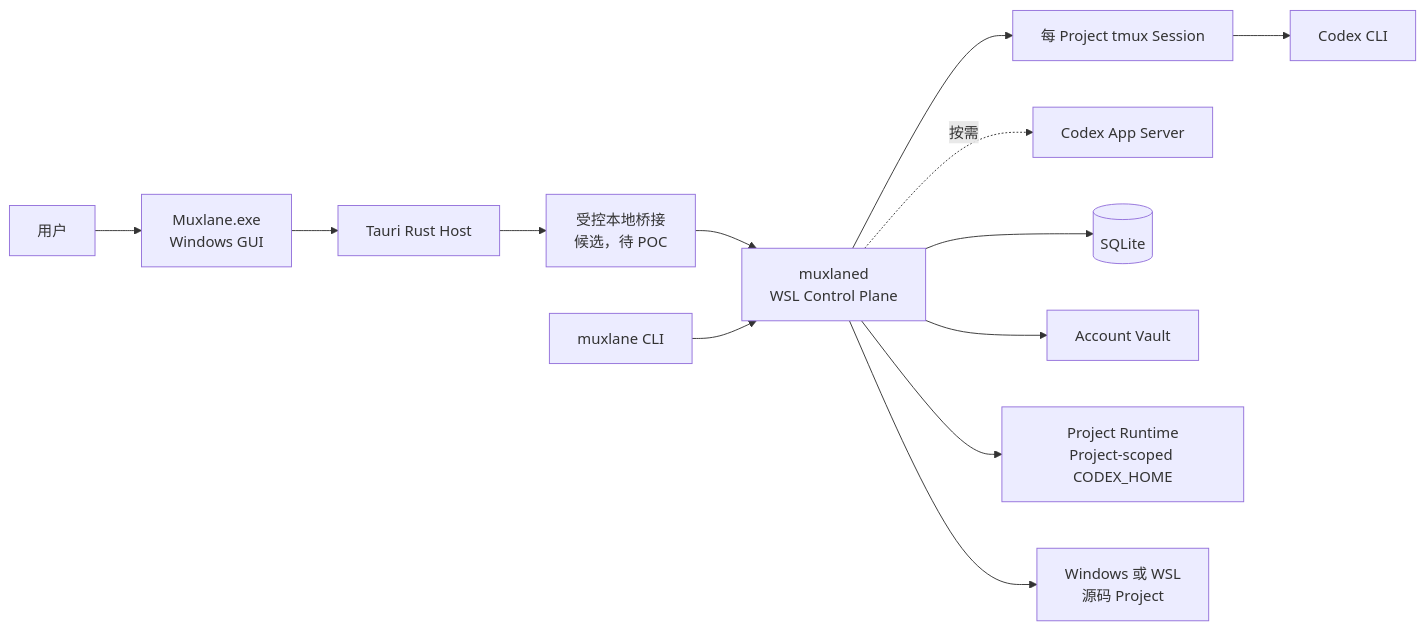
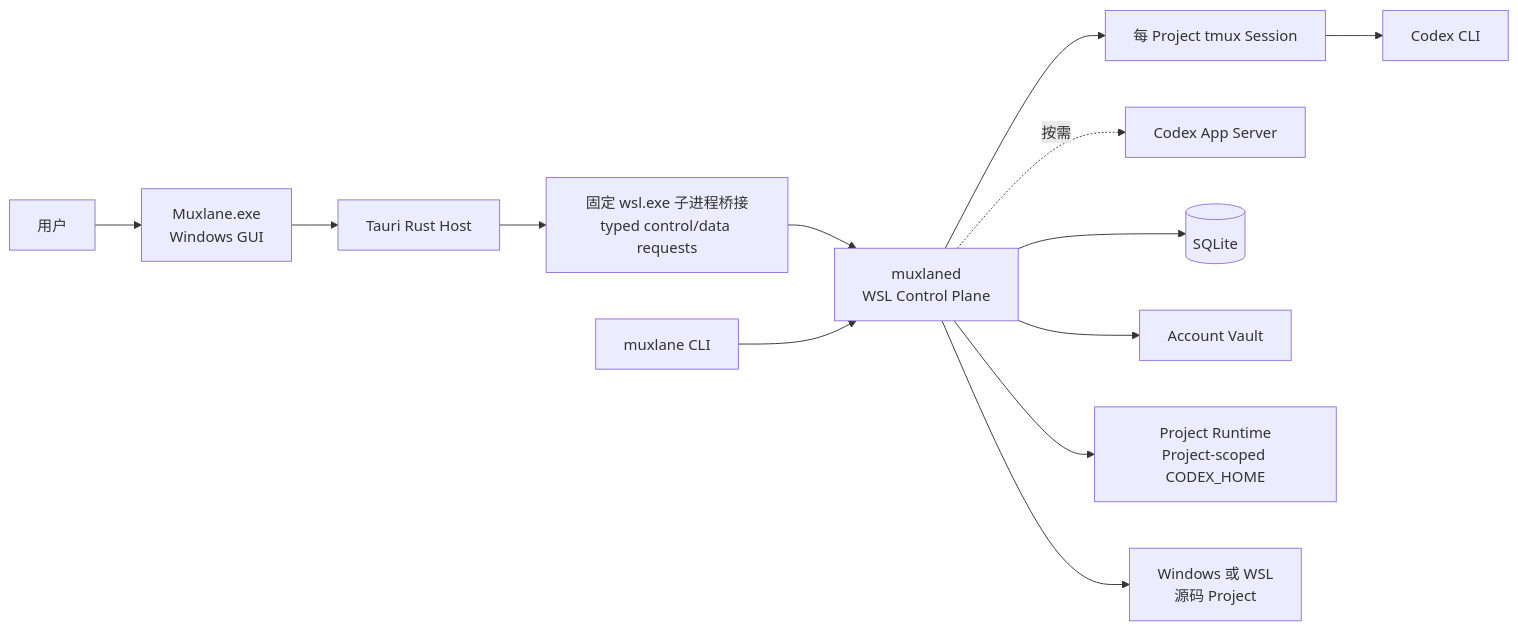
Before and after one commit to Mingll22/muxlane: the first of 2 diagrams in docs/ARCHITECTURE.md, drawn with Mermaid. The commit also changed other lines of this file and 40 other files, not shown here.

````diff
--- a/docs/ARCHITECTURE.md
+++ b/docs/ARCHITECTURE.md
@@ -14,15 +14,15 @@
 ```mermaid
 flowchart LR
   user[用户] --> gui[Muxlane.exe<br/>Windows GUI]
   gui --> host[Tauri Rust Host]
-  host --> bridge[受控本地桥接<br/>候选，待 POC]
+  host --> bridge[固定 wsl.exe 子进程桥接<br/>typed control/data requests]
   bridge --> daemon[muxlaned<br/>WSL Control Plane]
   cli[muxlane CLI] --> daemon
   daemon --> tmux[每 Project tmux Session]
   tmux --> codex[Codex CLI]
   daemon -.按需.-> appserver[Codex App Server]
   daemon --> db[(SQLite)]
   daemon --> vault[Account Vault]
   daemon --> runtime[Project Runtime<br/>Project-scoped CODEX_HOME]
   daemon --> source[Windows 或 WSL<br/>源码 Project]
 ```
````
